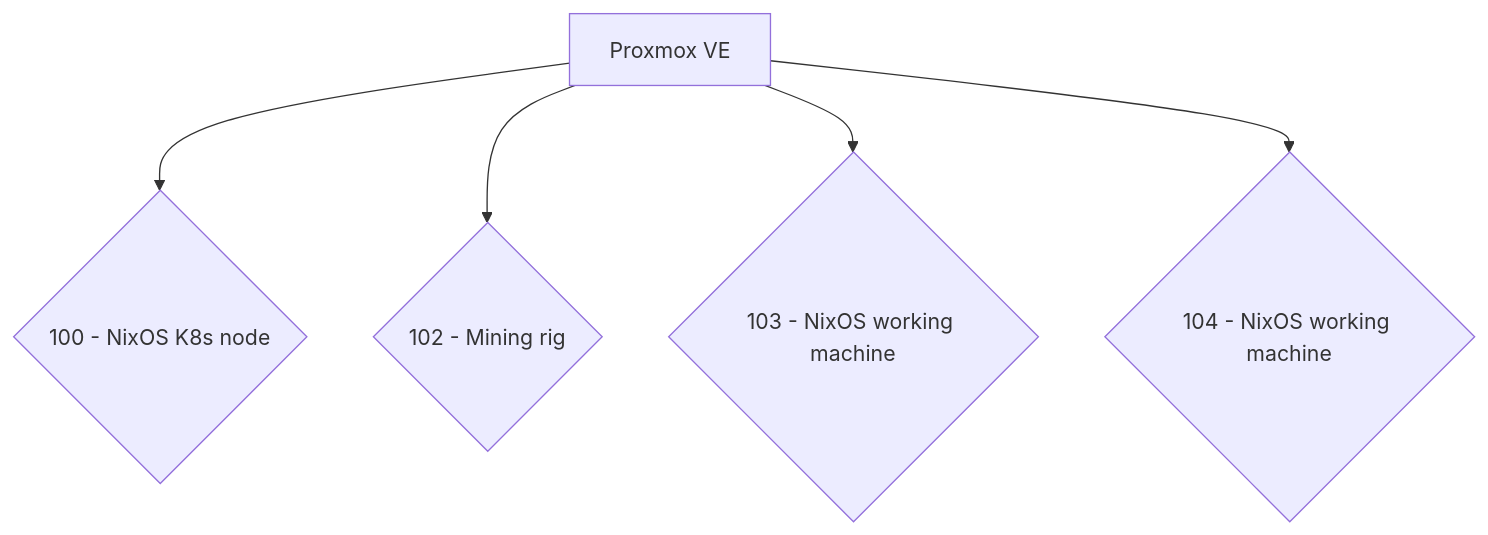
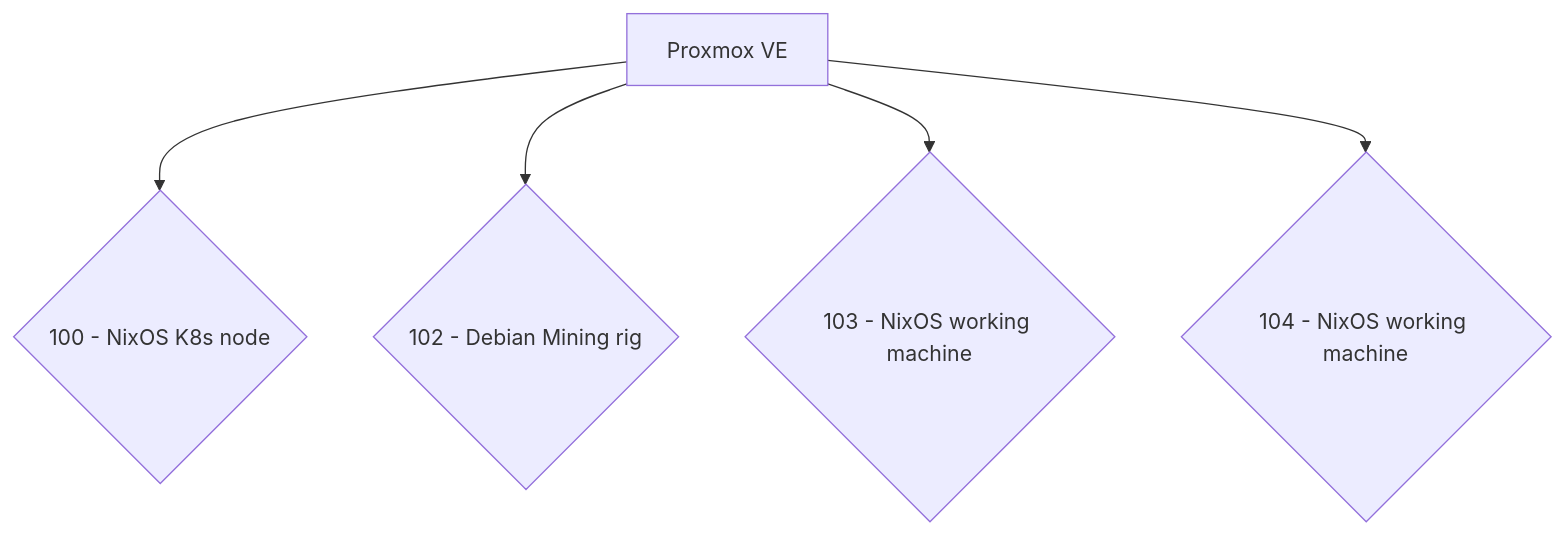
One commit to portothree/dotfiles changed the diagram in homelab/README.md. Above: the diagram before and after it, drawn with Mermaid.

````diff
--- a/homelab/README.md
+++ b/homelab/README.md
@@ -3,7 +3,7 @@
 ```mermaid
 flowchart TD
 	A[Proxmox VE] --> B{100 - NixOS K8s node};
-	A --> C{102 - Mining rig};
+	A --> C{102 - Debian Mining rig};
 	A --> D{103 - NixOS working machine};
 	A --> E{104 - NixOS working machine};
 ```
````
